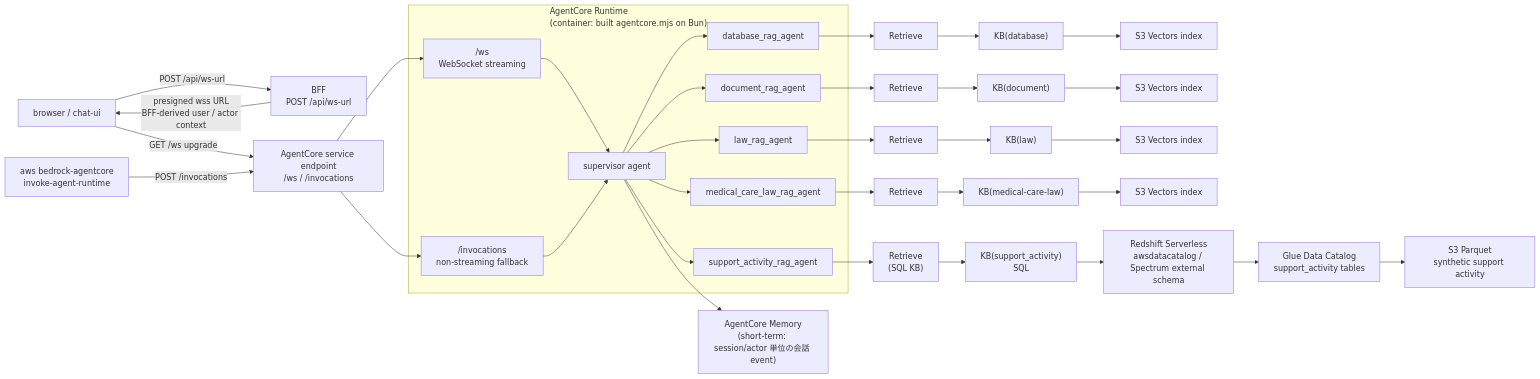
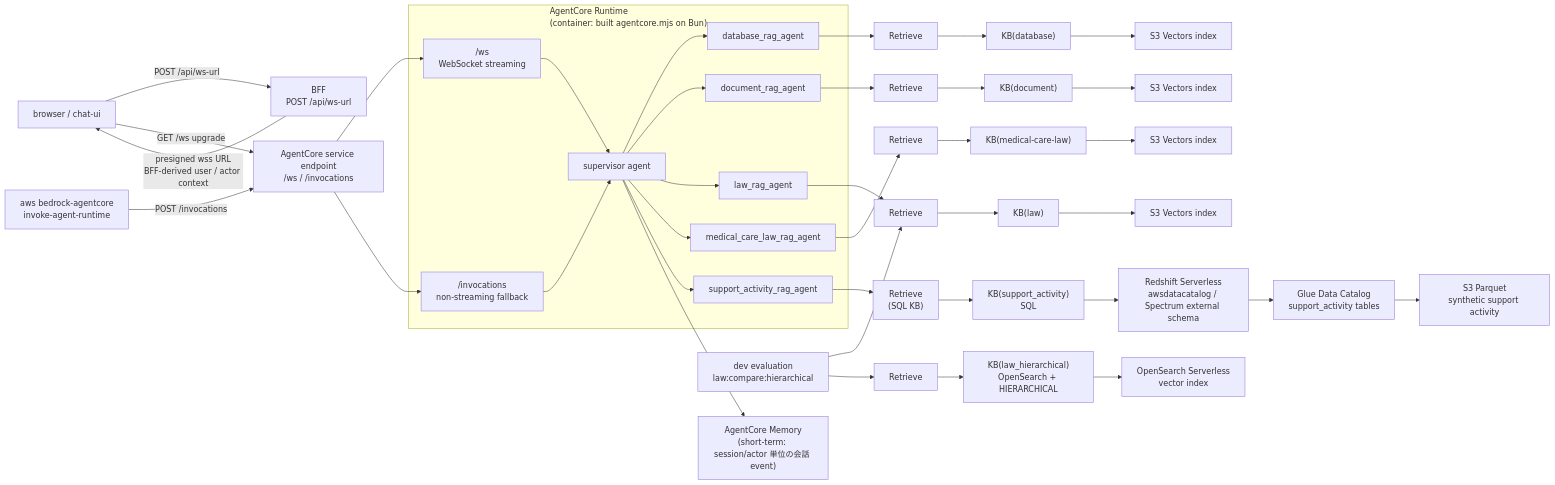
The diagram in terraform/aws/agentcore/README.md (nichicom-c/wel-agents-poc), drawn with Mermaid before and after one commit. The commit also changed other lines of this file and 5 other files, not shown here.

Commit message:
docs: law hierarchical KB の運用を追記

````diff
--- a/terraform/aws/agentcore/README.md
+++ b/terraform/aws/agentcore/README.md
@@ -11,56 +11,60 @@
 ```mermaid
 flowchart LR
     browser["browser / chat-ui"]
     bff["BFF<br/>POST /api/ws-url"]
     service["AgentCore service endpoint<br/>/ws / /invocations"]
     smoke["aws bedrock-agentcore<br/>invoke-agent-runtime"]
 
     subgraph runtime["AgentCore Runtime<br/>(container: built agentcore.mjs on Bun)"]
         ws["/ws<br/>WebSocket streaming"]
         invocations["/invocations<br/>non-streaming fallback"]
         supervisor["supervisor agent"]
         dbAgent["database_rag_agent"]
         docAgent["document_rag_agent"]
         lawAgent["law_rag_agent"]
         medAgent["medical_care_law_rag_agent"]
         supportAgent["support_activity_rag_agent"]
     end
 
     browser -->|"POST /api/ws-url"| bff
     bff -->|"presigned wss URL<br/>BFF-derived user / actor context"| browser
     browser -->|"GET /ws upgrade"| service
     smoke -->|"POST /invocations"| service
     service --> ws
     service --> invocations
     ws --> supervisor
     invocations --> supervisor
     supervisor --> dbAgent
     supervisor --> docAgent
     supervisor --> lawAgent
     supervisor --> medAgent
     supervisor --> supportAgent
 
     dbAgent --> dbRetrieve["Retrieve"]
     dbRetrieve --> dbKb["KB(database)"]
     dbKb --> dbVectors["S3 Vectors index"]
 
     docAgent --> docRetrieve["Retrieve"]
     docRetrieve --> docKb["KB(document)"]
     docKb --> docVectors["S3 Vectors index"]
 
     lawAgent --> lawRetrieve["Retrieve"]
     lawRetrieve --> lawKb["KB(law)"]
     lawKb --> lawVectors["S3 Vectors index"]
+    lawCompare["dev evaluation<br/>law:compare:hierarchical"] --> lawRetrieve
+    lawCompare --> lawHierRetrieve["Retrieve"]
+    lawHierRetrieve --> lawHierKb["KB(law_hierarchical)<br/>OpenSearch + HIERARCHICAL"]
+    lawHierKb --> lawHierIndex["OpenSearch Serverless<br/>vector index"]
 
     medAgent --> medRetrieve["Retrieve"]
     medRetrieve --> medKb["KB(medical-care-law)"]
     medKb --> medVectors["S3 Vectors index"]
 
     supportAgent --> supportRetrieve["Retrieve<br/>(SQL KB)"]
     supportRetrieve --> supportKb["KB(support_activity)<br/>SQL"]
     supportKb --> redshift["Redshift Serverless<br/>awsdatacatalog / Spectrum external schema"]
     redshift --> glue["Glue Data Catalog<br/>support_activity tables"]
     glue --> parquet["S3 Parquet<br/>synthetic support activity"]
 
     supervisor --> memory["AgentCore Memory<br/>(short-term: session/actor 単位の会話 event)"]
 ```
````
